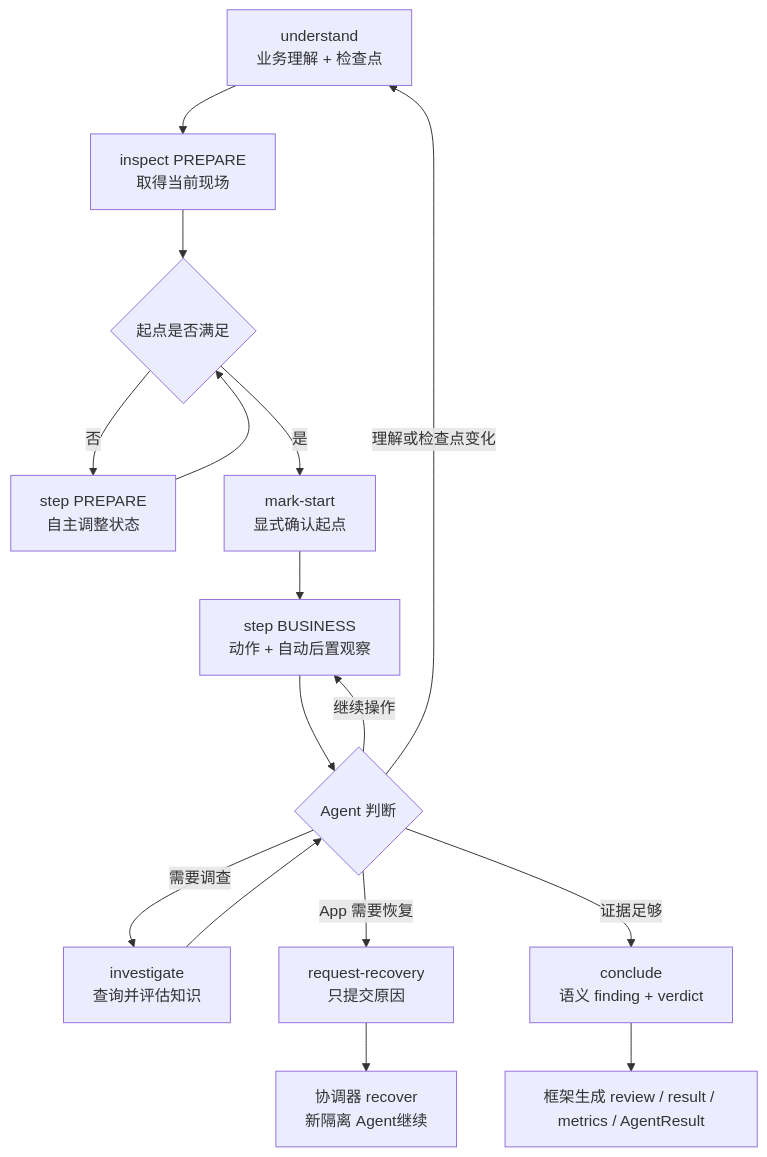
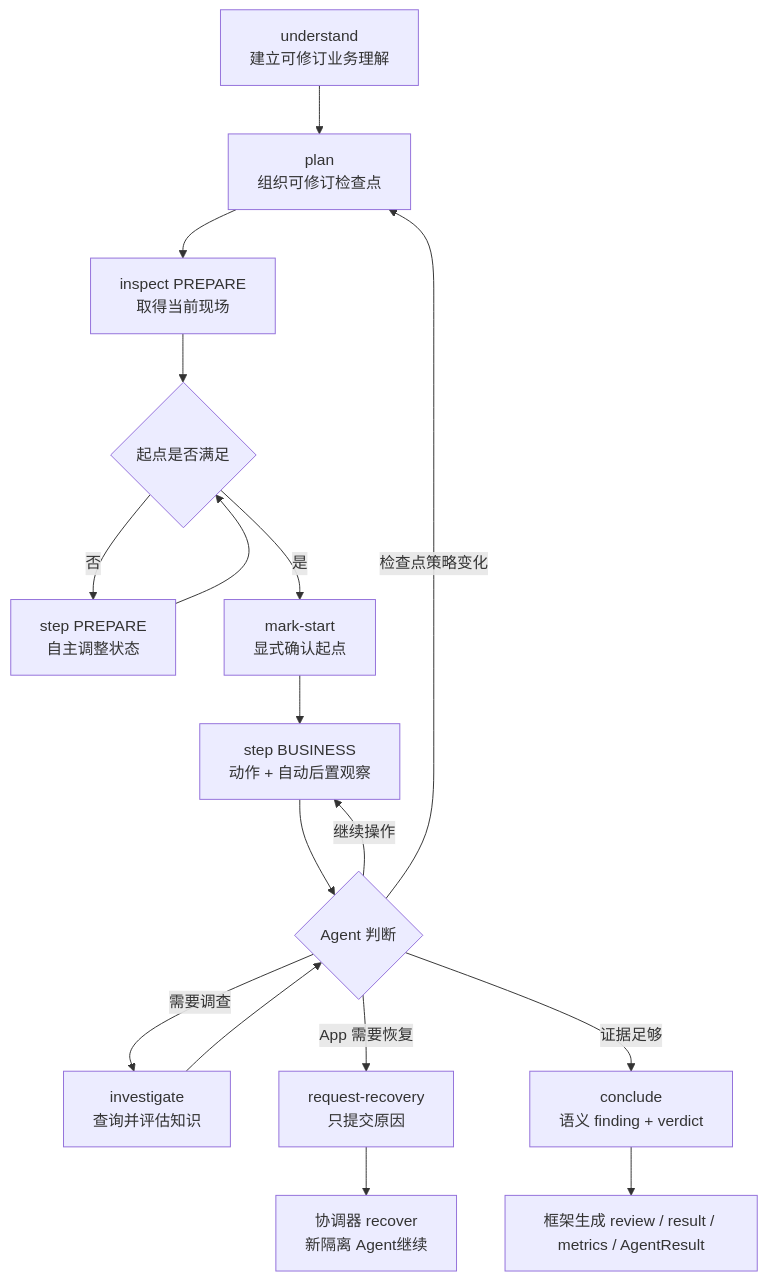
The second of 3 diagrams in skills/mobile-ai-visual-test/docs/architecture.md (lianghuihui-plus/DevKit), drawn with Mermaid before and after one commit. The commit also changed other lines of this file and 75 other files, not shown here.

````diff
--- a/skills/mobile-ai-visual-test/docs/architecture.md
+++ b/skills/mobile-ai-visual-test/docs/architecture.md
@@ -67,18 +68,19 @@
 ```mermaid
 flowchart TD
-  U["understand<br/>业务理解 + 检查点"] --> I["inspect PREPARE<br/>取得当前现场"]
+  U["understand<br/>建立可修订业务理解"] --> L["plan<br/>组织可修订检查点"]
+  L --> I["inspect PREPARE<br/>取得当前现场"]
   I --> P{"起点是否满足"}
   P -- "否" --> S0["step PREPARE<br/>自主调整状态"]
   S0 --> P
   P -- "是" --> M["mark-start<br/>显式确认起点"]
   M --> S1["step BUSINESS<br/>动作 + 自动后置观察"]
   S1 --> D{"Agent 判断"}
   D -- "继续操作" --> S1
-  D -- "理解或检查点变化" --> U
+  D -- "检查点策略变化" --> L
   D -- "需要调查" --> K["investigate<br/>查询并评估知识"]
   D -- "App 需要恢复" --> R["request-recovery<br/>只提交原因"]
   R --> RR["协调器 recover<br/>新隔离 Agent继续"]
   K --> D
   D -- "证据足够" --> C["conclude<br/>语义 finding + verdict"]
   C --> F["框架生成 review / result / metrics / AgentResult"]
 ```
````
